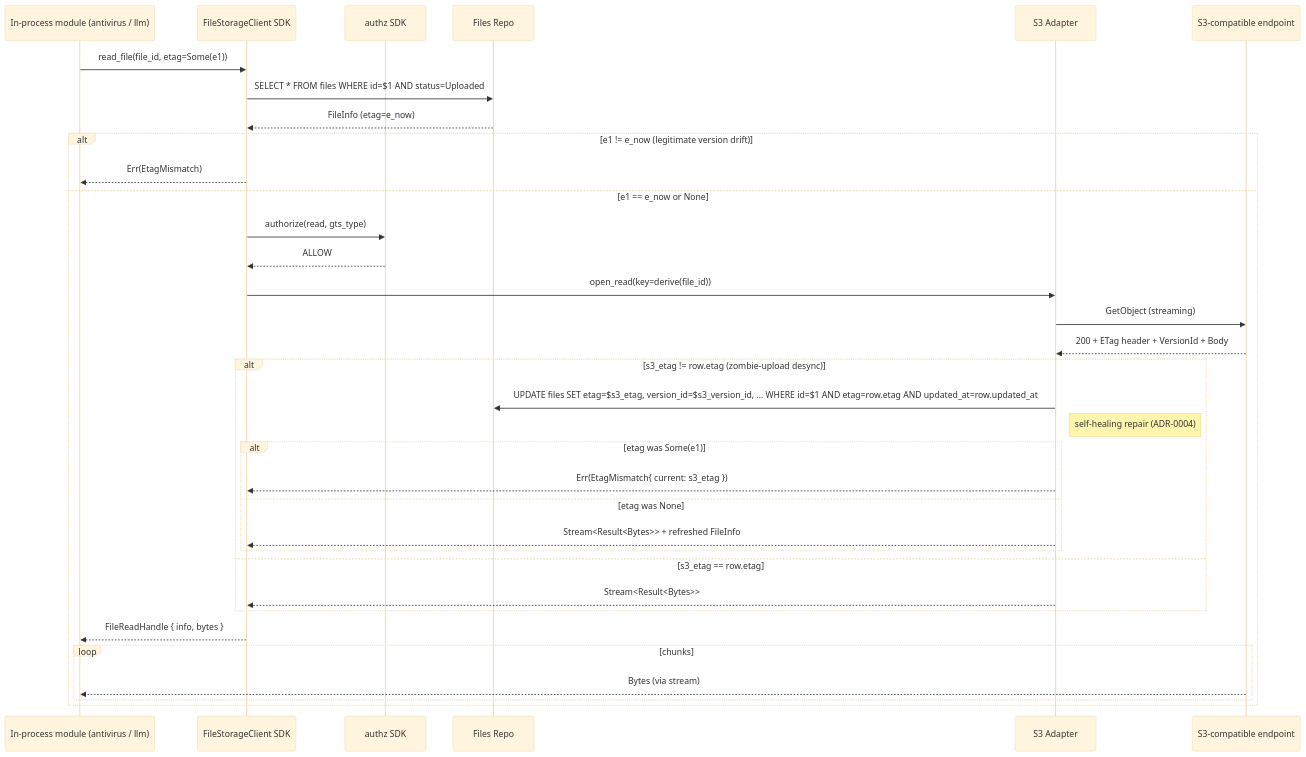
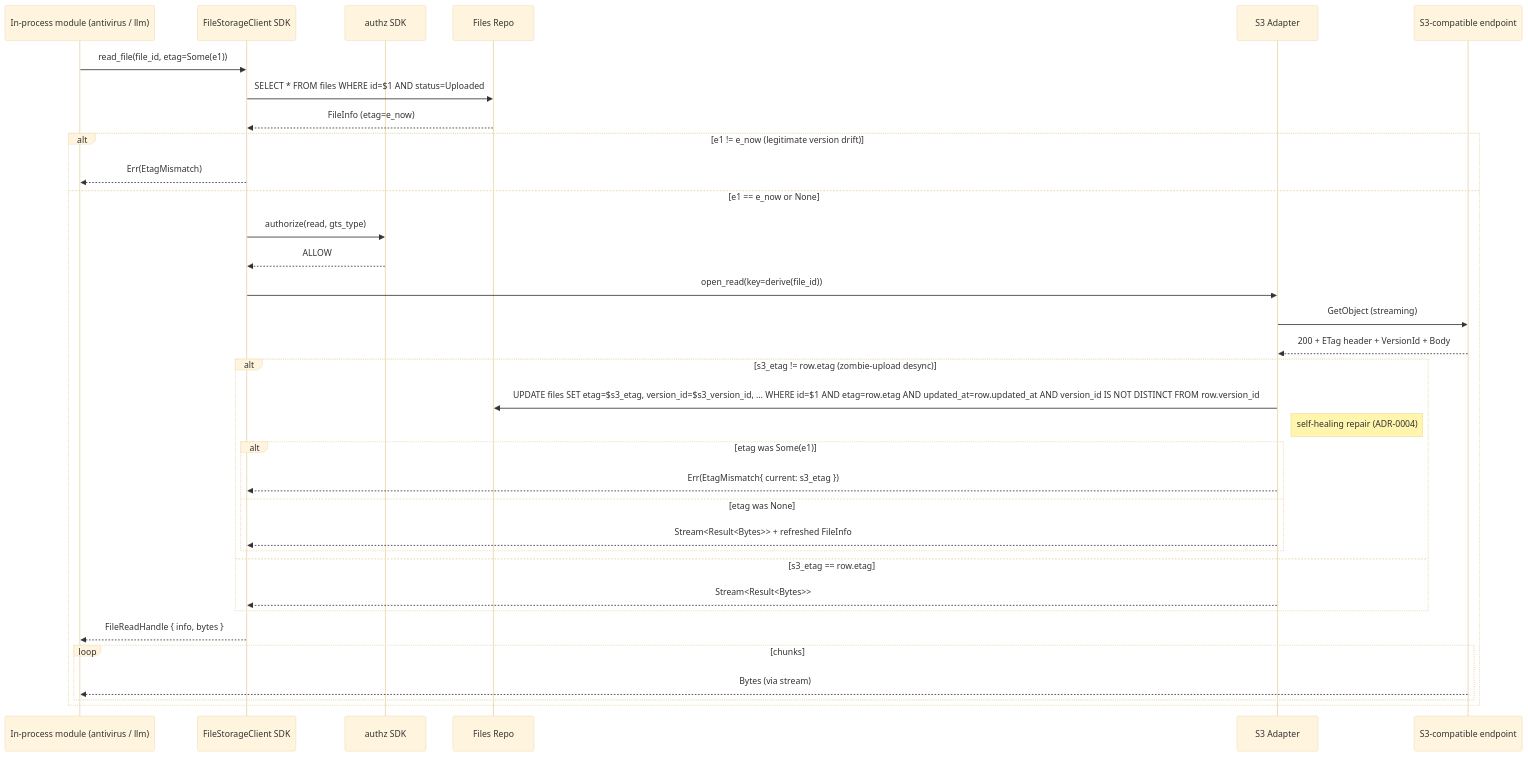
One commit to constructorfabric/gears-rust changed the fifth of 5 diagrams in modules/file-storage/docs/DESIGN.md. Above: the diagram before and after it, drawn with Mermaid (base theme). The commit also changed other lines of this file and 5 other files, not shown here.

````diff
--- a/modules/file-storage/docs/DESIGN.md
+++ b/modules/file-storage/docs/DESIGN.md
@@ -792,37 +789,37 @@
 ```mermaid
 sequenceDiagram
     participant C as In-process module (antivirus / llm)
     participant SDK as FileStorageClient SDK
     participant AZ as authz SDK
     participant REPO as Files Repo
     participant S3A as S3 Adapter
     participant S3 as S3-compatible endpoint
 
     C->>SDK: read_file(file_id, etag=Some(e1))
     SDK->>REPO: SELECT * FROM files WHERE id=$1 AND status=Uploaded
     REPO-->>SDK: FileInfo (etag=e_now)
     alt e1 != e_now (legitimate version drift)
         SDK-->>C: Err(EtagMismatch)
     else e1 == e_now or None
         SDK->>AZ: authorize(read, gts_type)
         AZ-->>SDK: ALLOW
         SDK->>S3A: open_read(key=derive(file_id))
         S3A->>S3: GetObject (streaming)
         S3-->>S3A: 200 + ETag header + VersionId + Body
         alt s3_etag != row.etag (zombie-upload desync)
-            S3A->>REPO: UPDATE files SET etag=$s3_etag, version_id=$s3_version_id, … WHERE id=$1 AND etag=row.etag AND updated_at=row.updated_at
+            S3A->>REPO: UPDATE files SET etag=$s3_etag, version_id=$s3_version_id, … WHERE id=$1 AND etag=row.etag AND updated_at=row.updated_at AND version_id IS NOT DISTINCT FROM row.version_id
             note right of S3A: self-healing repair (ADR-0004)
             alt etag was Some(e1)
                 S3A-->>SDK: Err(EtagMismatch{ current: s3_etag })
             else etag was None
                 S3A-->>SDK: Stream<Result<Bytes>> + refreshed FileInfo
             end
         else s3_etag == row.etag
             S3A-->>SDK: Stream<Result<Bytes>>
         end
         SDK-->>C: FileReadHandle { info, bytes }
         loop chunks
             S3-->>C: Bytes (via stream)
         end
     end
 ```
````
